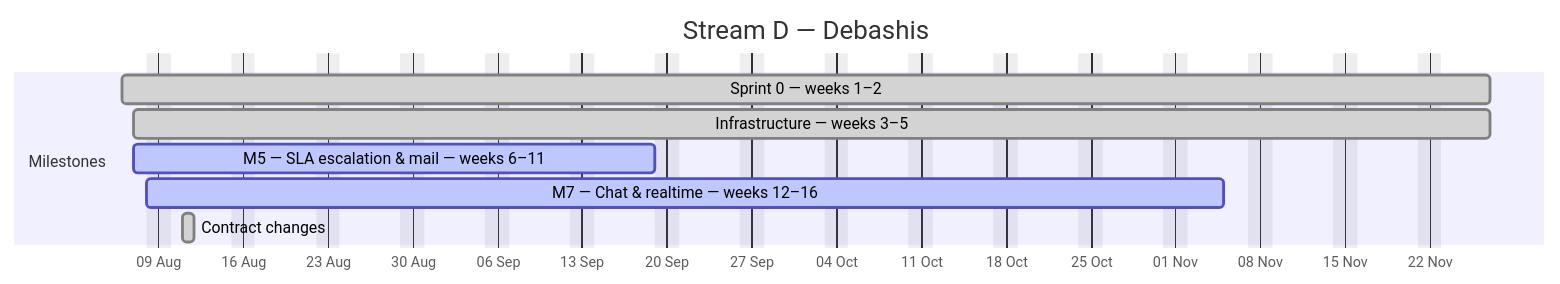
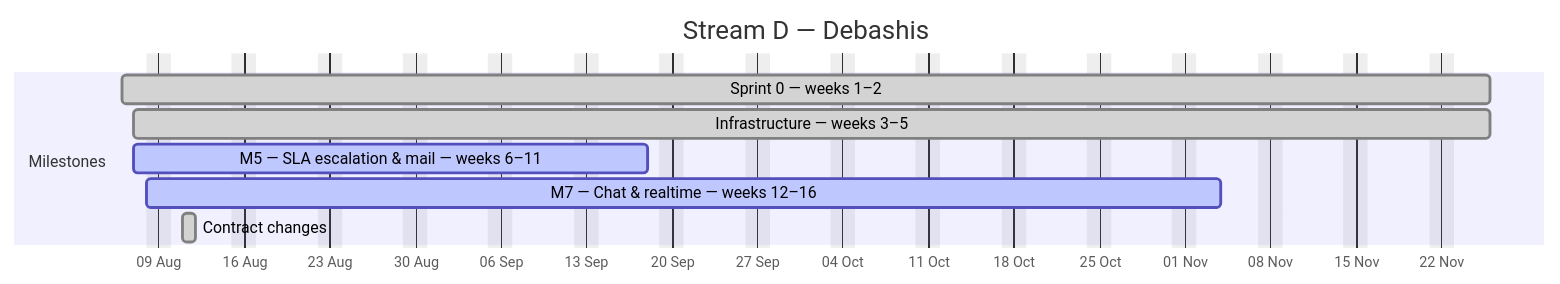
The fourth of 4 diagrams in docs/plan/GANTT.md (debashisedunext/EduTrack), drawn with Mermaid before and after one commit. The commit also changed other lines of this file and 3 other files, not shown here.

````diff
--- a/docs/plan/GANTT.md
+++ b/docs/plan/GANTT.md
@@ -166,13 +174,13 @@
 ```mermaid
 gantt
     dateFormat YYYY-MM-DD
     axisFormat %d %b
     title Stream D — Debashis
     excludes weekends
     section Milestones
-    Sprint 0 — weeks 1–2 :done, d0, 2026-08-06, 81d
-    Infrastructure — weeks 3–5 :done, d1, 2026-08-07, 80d
-    M5 — SLA  escalation & mail — weeks 6–11 :active, d2, 2026-08-07, 31d
-    M7 — Chat & realtime — weeks 12–16 :active, d3, 2026-08-08, 64d
+    Sprint 0 — weeks 1–2 :done, d0, 2026-08-06, 80d
+    Infrastructure — weeks 3–5 :done, d1, 2026-08-07, 79d
+    M5 — SLA  escalation & mail — weeks 6–11 :active, d2, 2026-08-07, 30d
+    M7 — Chat & realtime — weeks 12–16 :active, d3, 2026-08-08, 63d
     Contract changes :done, d4, 2026-08-11, 1d
 ```
````
